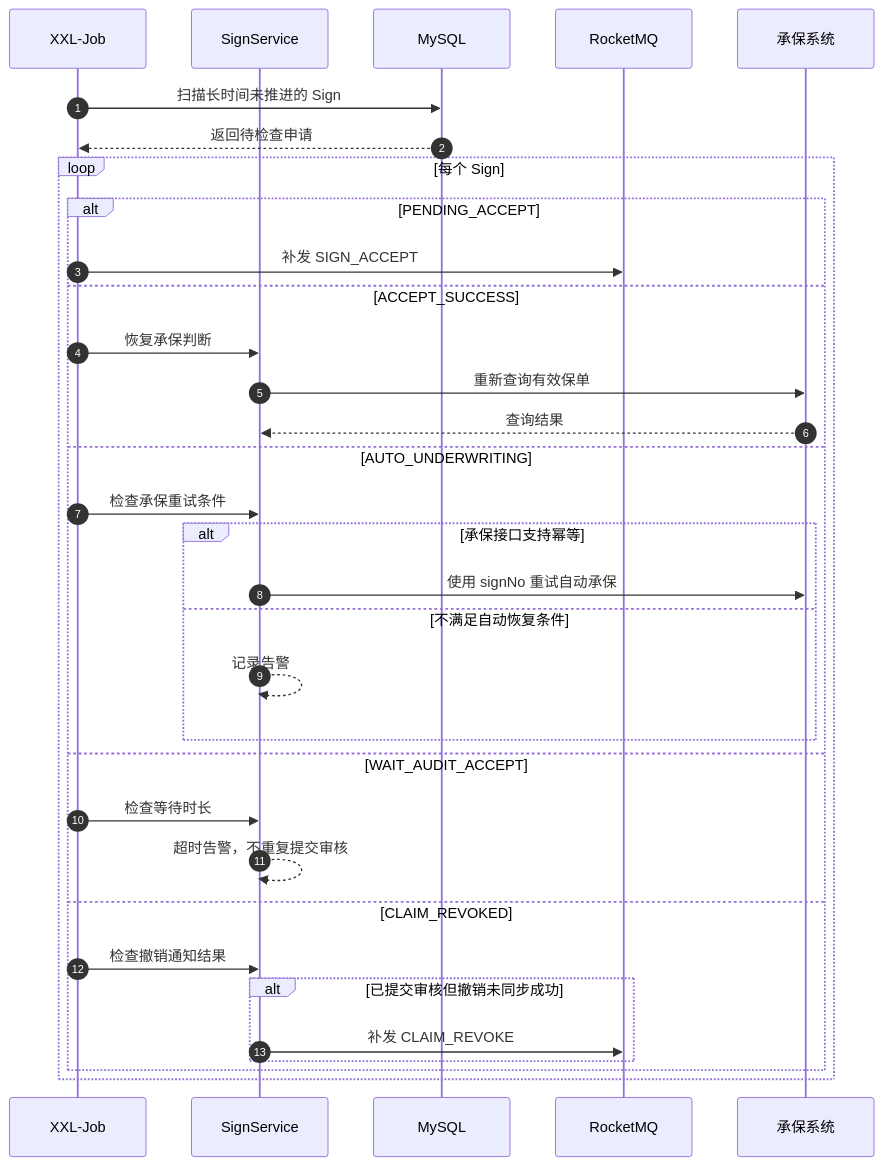
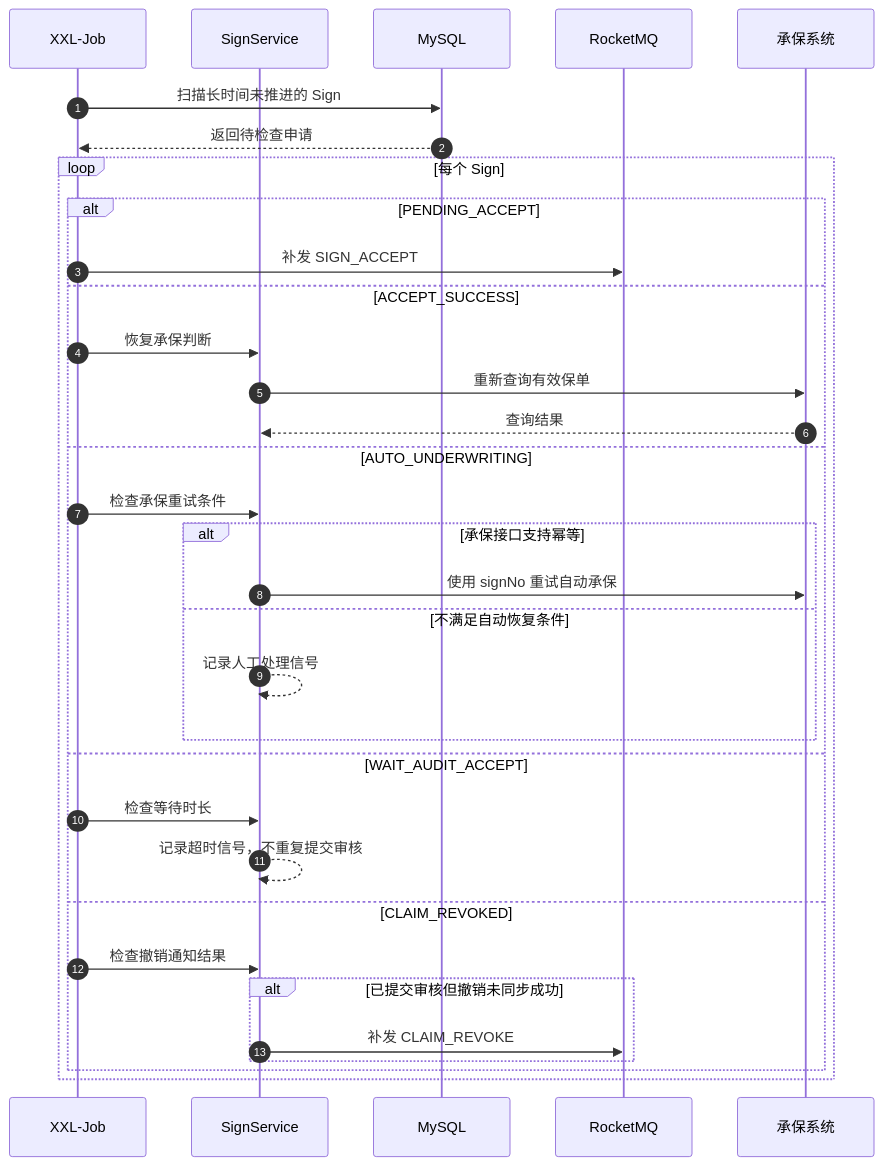
The sixth of 10 diagrams in docs/architecture/claim-sign-service.md (wangguangwu/claim-platform), drawn with Mermaid before and after one commit. The commit also changed other lines of this file and 21 other files, not shown here.

````diff
--- a/docs/architecture/claim-sign-service.md
+++ b/docs/architecture/claim-sign-service.md
@@ -451,44 +467,44 @@
 ```mermaid
 sequenceDiagram
     autonumber
 
     participant J as XXL-Job
     participant S as SignService
     participant DB as MySQL
     participant MQ as RocketMQ
     participant I as 承保系统
 
     J->>DB: 扫描长时间未推进的 Sign
     DB-->>J: 返回待检查申请
 
     loop 每个 Sign
         alt PENDING_ACCEPT
             J->>MQ: 补发 SIGN_ACCEPT
 
         else ACCEPT_SUCCESS
             J->>S: 恢复承保判断
             S->>I: 重新查询有效保单
             I-->>S: 查询结果
 
         else AUTO_UNDERWRITING
             J->>S: 检查承保重试条件
 
             alt 承保接口支持幂等
                 S->>I: 使用 signNo 重试自动承保
             else 不满足自动恢复条件
-                S-->>S: 记录告警
+                S-->>S: 记录人工处理信号
             end
 
         else WAIT_AUDIT_ACCEPT
             J->>S: 检查等待时长
-            S-->>S: 超时告警，不重复提交审核
+            S-->>S: 记录超时信号，不重复提交审核
 
         else CLAIM_REVOKED
             J->>S: 检查撤销通知结果
 
             alt 已提交审核但撤销未同步成功
                 S->>MQ: 补发 CLAIM_REVOKE
             end
         end
     end
 ```
````
